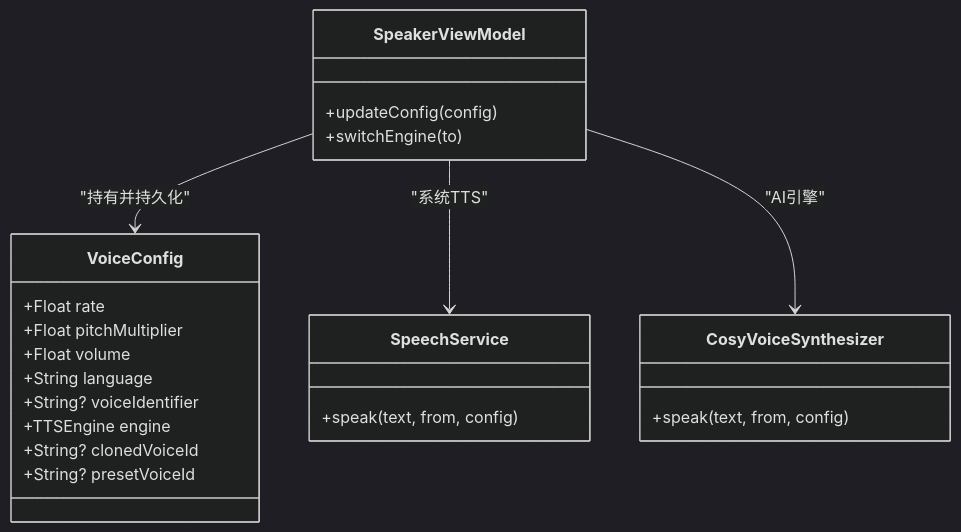
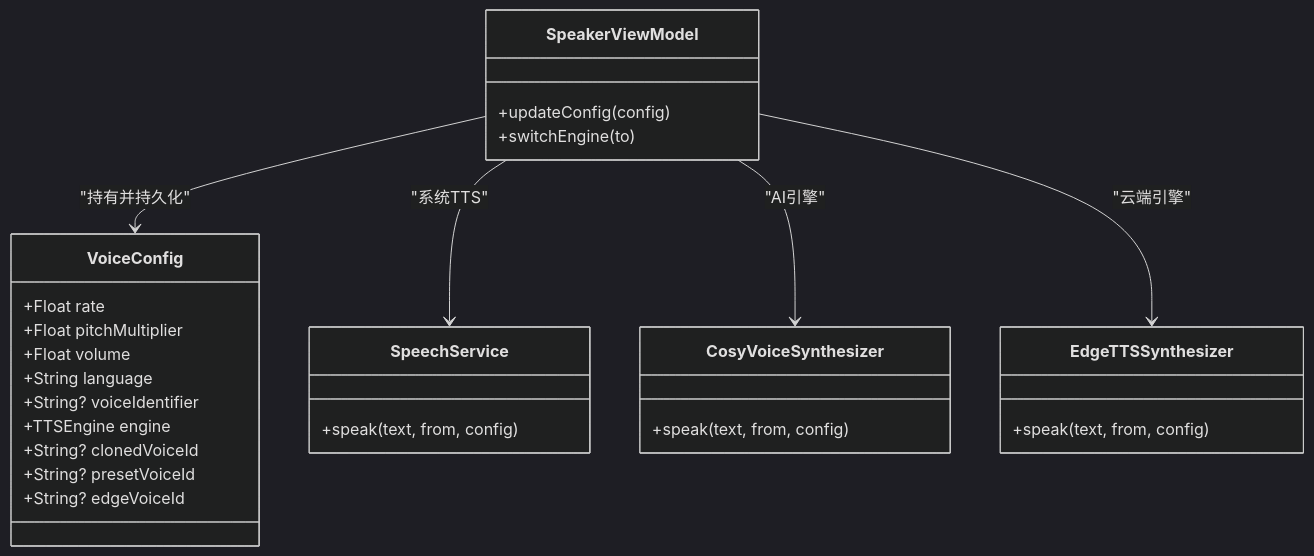
One commit to Primoguo/VoiceReader changed the eighth of 12 diagrams in .qoder/repowiki/zh/content/用户界面设计/设置界面/语音选择界面.md. Above: the diagram before and after it, drawn with Mermaid (dark theme). The commit also changed other lines of this file and 29 other files, not shown here.

````diff
--- a/.qoder/repowiki/zh/content/用户界面设计/设置界面/语音选择界面.md
+++ b/.qoder/repowiki/zh/content/用户界面设计/设置界面/语音选择界面.md
@@ -345,26 +431,31 @@
 ```mermaid
 classDiagram
 class VoiceConfig {
 +Float rate
 +Float pitchMultiplier
 +Float volume
 +String language
 +String? voiceIdentifier
 +TTSEngine engine
 +String? clonedVoiceId
 +String? presetVoiceId
++String? edgeVoiceId
 }
 class SpeakerViewModel {
 +updateConfig(config)
 +switchEngine(to)
 }
 class SpeechService {
 +speak(text, from, config)
 }
 class CosyVoiceSynthesizer {
 +speak(text, from, config)
 }
+class EdgeTTSSynthesizer {
++speak(text, from, config)
+}
 SpeakerViewModel --> VoiceConfig : "持有并持久化"
 SpeakerViewModel --> SpeechService : "系统TTS"
 SpeakerViewModel --> CosyVoiceSynthesizer : "AI引擎"
+SpeakerViewModel --> EdgeTTSSynthesizer : "云端引擎"
 ```
````
